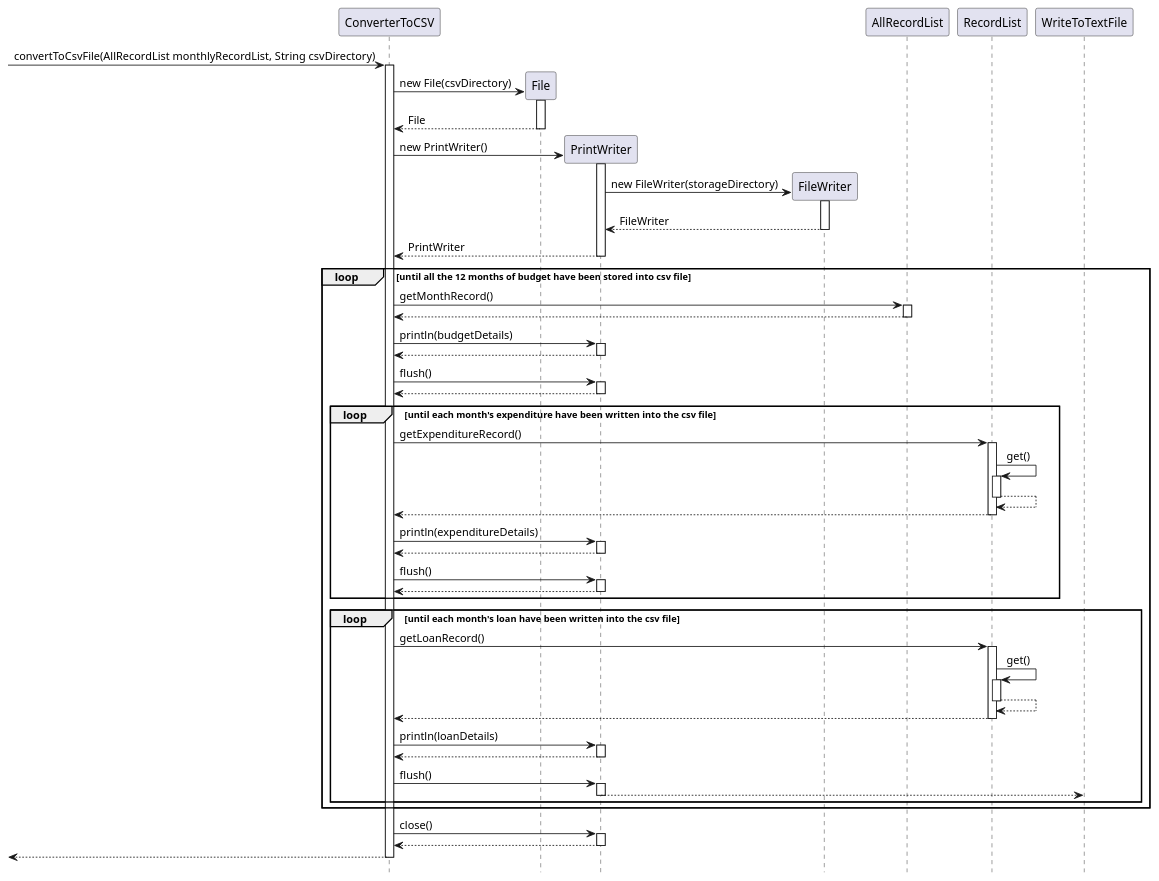
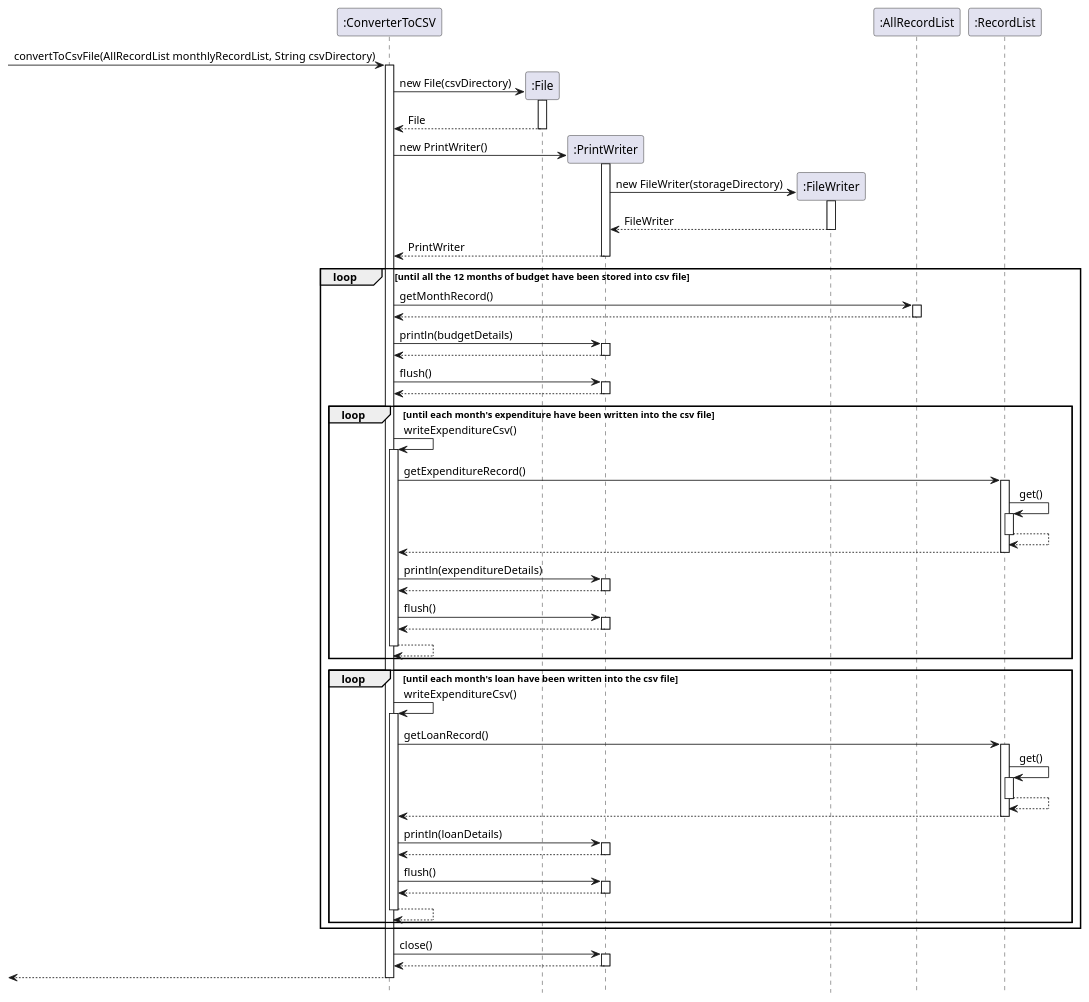
Before and after one commit to nus-cs2113-AY2122S1/tp: the diagram in docs/diagrams/convertToCsvFile.puml, drawn with PlantUML.

Commit message:
convertToCsvFile puml

```diff
--- a/docs/diagrams/convertToCsvFile.puml
+++ b/docs/diagrams/convertToCsvFile.puml
@@ -1,103 +1,113 @@
 @startuml
 'https://plantuml.com/sequence-diagram
 hide footbox
 
--> ConverterToCSV: convertToCsvFile(AllRecordList monthlyRecordList, String csvDirectory)
+-> ":ConverterToCSV": convertToCsvFile(AllRecordList monthlyRecordList, String csvDirectory)
 
-activate ConverterToCSV
+activate ":ConverterToCSV"
 
-create File
-ConverterToCSV -> File: new File(csvDirectory)
-activate File
-File --> ConverterToCSV: File
-deactivate File
+create ":File"
+":ConverterToCSV" -> ":File": new File(csvDirectory)
+activate ":File"
+":File" --> ":ConverterToCSV": File
+deactivate ":File"
 
-create PrintWriter
-ConverterToCSV -> PrintWriter: new PrintWriter()
-activate PrintWriter
+create ":PrintWriter"
+":ConverterToCSV" -> ":PrintWriter": new PrintWriter()
+activate ":PrintWriter"
 
-create FileWriter
-PrintWriter -> FileWriter: new FileWriter(storageDirectory)
-activate FileWriter
+create ":FileWriter"
+":PrintWriter" -> ":FileWriter": new FileWriter(storageDirectory)
+activate ":FileWriter"
 
-FileWriter --> PrintWriter: FileWriter
-deactivate FileWriter
+":FileWriter" --> ":PrintWriter": FileWriter
+deactivate ":FileWriter"
 
-PrintWriter --> ConverterToCSV: PrintWriter
-deactivate PrintWriter
+":PrintWriter" --> ":ConverterToCSV": PrintWriter
+deactivate ":PrintWriter"
 
 loop until all the 12 months of budget have been stored into csv file
-ConverterToCSV -> AllRecordList: getMonthRecord()
+":ConverterToCSV" -> ":AllRecordList": getMonthRecord()
 
-activate AllRecordList
-AllRecordList --> ConverterToCSV
-deactivate AllRecordList
+activate ":AllRecordList"
+":AllRecordList" --> ":ConverterToCSV"
+deactivate ":AllRecordList"
 
-ConverterToCSV -> PrintWriter: println(budgetDetails)
-activate PrintWriter
-PrintWriter --> ConverterToCSV
-deactivate PrintWriter
+":ConverterToCSV" -> ":PrintWriter": println(budgetDetails)
+activate ":PrintWriter"
+":PrintWriter" --> ":ConverterToCSV"
+deactivate ":PrintWriter"
 
-ConverterToCSV -> PrintWriter: flush()
-activate PrintWriter
-PrintWriter --> ConverterToCSV
-deactivate PrintWriter
+":ConverterToCSV" -> ":PrintWriter": flush()
+activate ":PrintWriter"
+":PrintWriter" --> ":ConverterToCSV"
+deactivate ":PrintWriter"
 
 loop until each month's expenditure have been written into the csv file
+":ConverterToCSV" -> ":ConverterToCSV":writeExpenditureCsv()
+activate ":ConverterToCSV"
 
-ConverterToCSV -> RecordList: getExpenditureRecord()
-activate RecordList
-RecordList -> RecordList:get()
-activate RecordList
-RecordList --> RecordList
-deactivate RecordList
-RecordList --> ConverterToCSV:
-deactivate RecordList
+":ConverterToCSV" -> ":RecordList": getExpenditureRecord()
 
-ConverterToCSV -> PrintWriter: println(expenditureDetails)
-activate PrintWriter
-PrintWriter --> ConverterToCSV
-deactivate PrintWriter
+activate ":RecordList"
+":RecordList" -> ":RecordList":get()
+activate ":RecordList"
+":RecordList" --> ":RecordList"
+deactivate ":RecordList"
+":RecordList" --> ":ConverterToCSV":
+deactivate ":RecordList"
 
-ConverterToCSV -> PrintWriter: flush()
-activate PrintWriter
-PrintWriter --> ConverterToCSV
-deactivate PrintWriter
+":ConverterToCSV" -> ":PrintWriter": println(expenditureDetails)
+activate ":PrintWriter"
+":PrintWriter" --> ":ConverterToCSV"
+deactivate ":PrintWriter"
+
+":ConverterToCSV" -> ":PrintWriter": flush()
+activate ":PrintWriter"
+":PrintWriter" --> ":ConverterToCSV"
+deactivate ":PrintWriter"
+":ConverterToCSV" --> ":ConverterToCSV"
+
+deactivate ":ConverterToCSV"
 
 end
 
 loop until each month's loan have been written into the csv file
-ConverterToCSV -> RecordList: getLoanRecord()
-activate RecordList
-RecordList -> RecordList:get()
-activate RecordList
-RecordList --> RecordList
-deactivate RecordList
-RecordList --> ConverterToCSV:
-deactivate RecordList
+":ConverterToCSV" -> ":ConverterToCSV":writeExpenditureCsv()
+activate ":ConverterToCSV"
 
-ConverterToCSV -> PrintWriter: println(loanDetails)
-activate PrintWriter
-PrintWriter --> ConverterToCSV
-deactivate PrintWriter
+":ConverterToCSV" -> ":RecordList": getLoanRecord()
+activate ":RecordList"
+":RecordList" -> ":RecordList":get()
+activate ":RecordList"
+":RecordList" --> ":RecordList"
+deactivate ":RecordList"
+":RecordList" --> ":ConverterToCSV":
+deactivate ":RecordList"
 
-ConverterToCSV -> PrintWriter: flush()
-activate PrintWriter
-PrintWriter --> WriteToTextFile
-deactivate PrintWriter
-end
+":ConverterToCSV" -> ":PrintWriter": println(loanDetails)
+activate ":PrintWriter"
+":PrintWriter" --> ":ConverterToCSV"
+deactivate ":PrintWriter"
 
-
+":ConverterToCSV" -> ":PrintWriter": flush()
+activate ":PrintWriter"
+":PrintWriter" --> ":ConverterToCSV"
+deactivate ":PrintWriter"
+":ConverterToCSV" --> ":ConverterToCSV"
+deactivate ":ConverterToCSV"
 
 end
 
-ConverterToCSV -> PrintWriter: close()
-activate PrintWriter
-PrintWriter --> ConverterToCSV
-deactivate PrintWriter
+end
+
+":ConverterToCSV" -> ":PrintWriter": close()
+activate ":PrintWriter"
+":PrintWriter" --> ":ConverterToCSV"
+deactivate ":PrintWriter"
 
 return
 
-deactivate ConverterToCSV
+deactivate ":ConverterToCSV"
 
 @enduml
```
